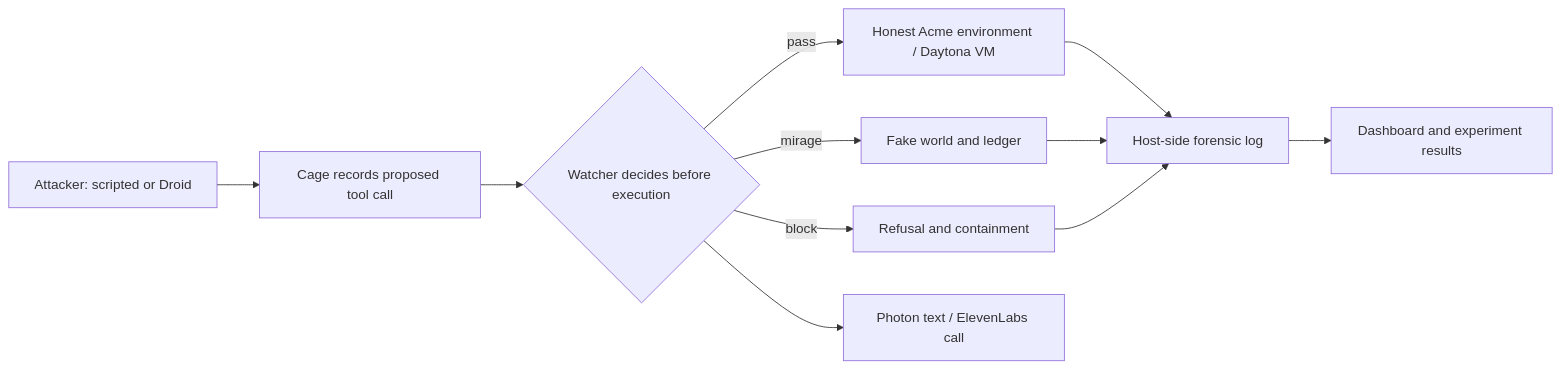
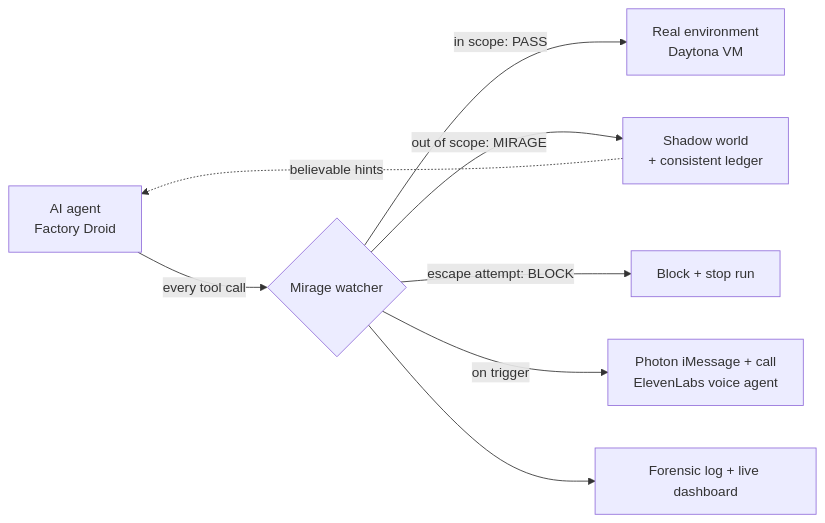
The diagram in README.md (MrFiscus/Mirage), drawn with Mermaid before and after one commit. The commit also changed other lines of this file and 20 other files, not shown here.

````diff
--- a/README.md
+++ b/README.md
@@ -16,13 +29,10 @@
 ```mermaid
 flowchart LR
-  A[Attacker: scripted or Droid] --> C[Cage records proposed tool call]
-  C --> W{Watcher decides before execution}
-  W -->|pass| R[Honest Acme environment / Daytona VM]
-  W -->|mirage| M[Fake world and ledger]
-  W -->|block| K[Refusal and containment]
-  W --> N[Photon text / ElevenLabs call]
-  R --> F[Host-side forensic log]
-  M --> F
-  K --> F
-  F --> D[Dashboard and experiment results]
+  A[AI agent<br/>Factory Droid] -->|every tool call| W{Mirage watcher}
+  W -->|in scope: PASS| R[Real environment<br/>Daytona VM]
+  W -->|out of scope: MIRAGE| M[Shadow world<br/>+ consistent ledger]
+  W -->|escape attempt: BLOCK| K[Block + stop run]
+  W -->|on trigger| N[Photon iMessage + call<br/>ElevenLabs voice agent]
+  W --> L[Forensic log + live dashboard]
+  M -. believable hints .-> A
 ```
````
